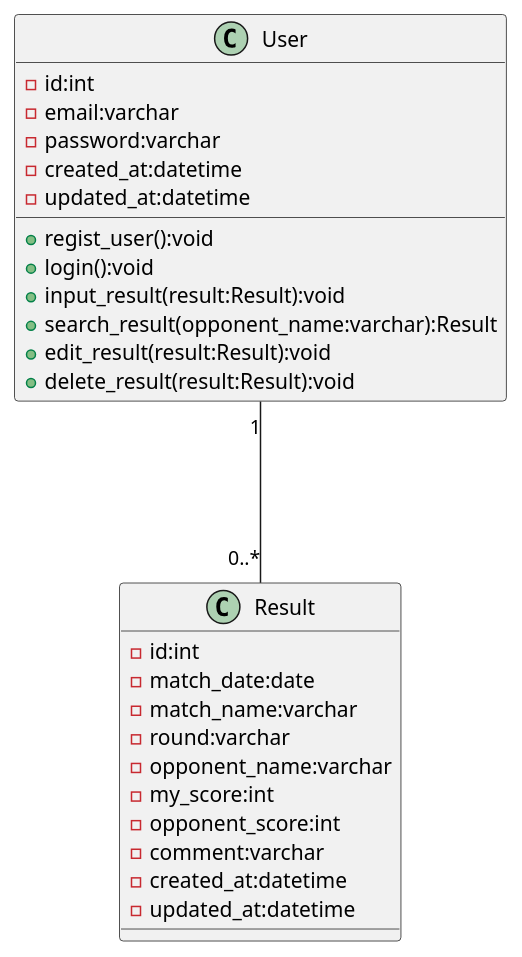
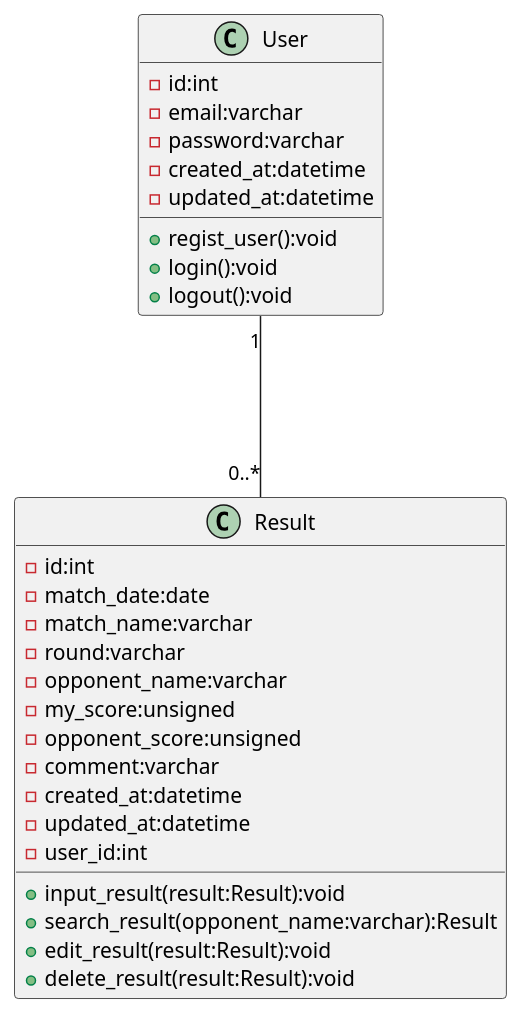
Before and after one commit to tgu-masato/system_design: the diagram in docs/classDiagram.puml, drawn with PlantUML.

Commit message:
メソッドの修正と外部キーの追加をしました。

```diff
--- a/docs/classDiagram.puml
+++ b/docs/classDiagram.puml
@@ -1,34 +1,37 @@
 @startuml
 
 class User {
     - id:int
     - email:varchar
     - password:varchar
     - created_at:datetime
     - updated_at:datetime
 
     + regist_user():void
     + login():void
-    + input_result(result:Result):void
-    + search_result(opponent_name:varchar):Result
-    + edit_result(result:Result):void
-    + delete_result(result:Result):void
+    + logout():void
 }
 
 
 class Result {
     - id:int
     - match_date:date
     - match_name:varchar
     - round:varchar
     - opponent_name:varchar
-    - my_score:int
-    - opponent_score:int
+    - my_score:unsigned
+    - opponent_score:unsigned
     - comment:varchar
     - created_at:datetime
     - updated_at:datetime
+    - user_id:int
+
+    + input_result(result:Result):void
+    + search_result(opponent_name:varchar):Result
+    + edit_result(result:Result):void
+    + delete_result(result:Result):void
 }
 
 User "1" --- "0..*" Result
 
 @enduml
```
